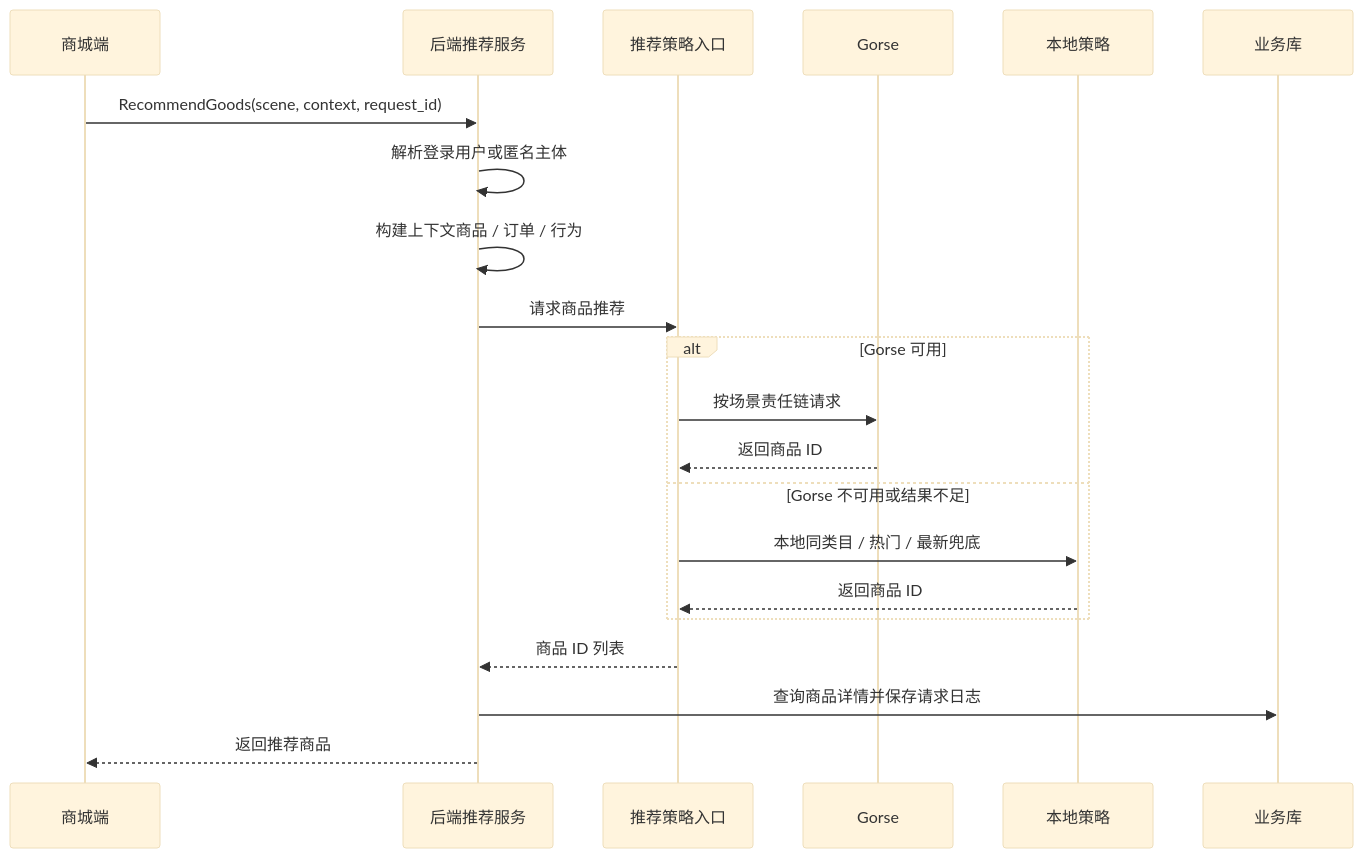
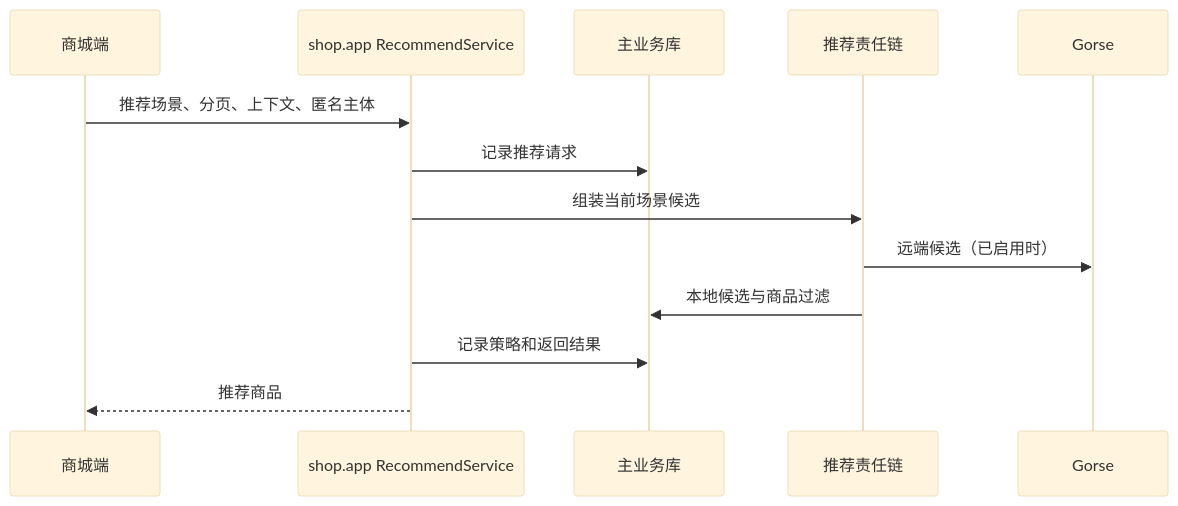
The first of 2 diagrams in docs/推荐数据流转设计.md (liujitcn/shop), drawn with Mermaid (base theme) before and after one commit. The commit also changed other lines of this file and 1765 other files, not shown here.

````diff
--- a/docs/推荐数据流转设计.md
+++ b/docs/推荐数据流转设计.md
@@ -20,24 +9,16 @@
 ```mermaid
 sequenceDiagram
   participant App as 商城端
-  participant B as 后端推荐服务
-  participant R as 推荐策略入口
+  participant API as shop.app RecommendService
+  participant DB as 主业务库
+  participant R as 推荐责任链
   participant G as Gorse
-  participant L as 本地策略
-  participant DB as 业务库
 
-  App->>B: RecommendGoods(scene, context, request_id)
-  B->>B: 解析登录用户或匿名主体
-  B->>B: 构建上下文商品 / 订单 / 行为
-  B->>R: 请求商品推荐
-  alt Gorse 可用
-    R->>G: 按场景责任链请求
-    G-->>R: 返回商品 ID
-  else Gorse 不可用或结果不足
-    R->>L: 本地同类目 / 热门 / 最新兜底
-    L-->>R: 返回商品 ID
-  end
-  R-->>B: 商品 ID 列表
-  B->>DB: 查询商品详情并保存请求日志
-  B-->>App: 返回推荐商品
+  App->>API: 推荐场景、分页、上下文、匿名主体
+  API->>DB: 记录推荐请求
+  API->>R: 组装当前场景候选
+  R->>G: 远端候选（已启用时）
+  R->>DB: 本地候选与商品过滤
+  API->>DB: 记录策略和返回结果
+  API-->>App: 推荐商品
 ```
````
